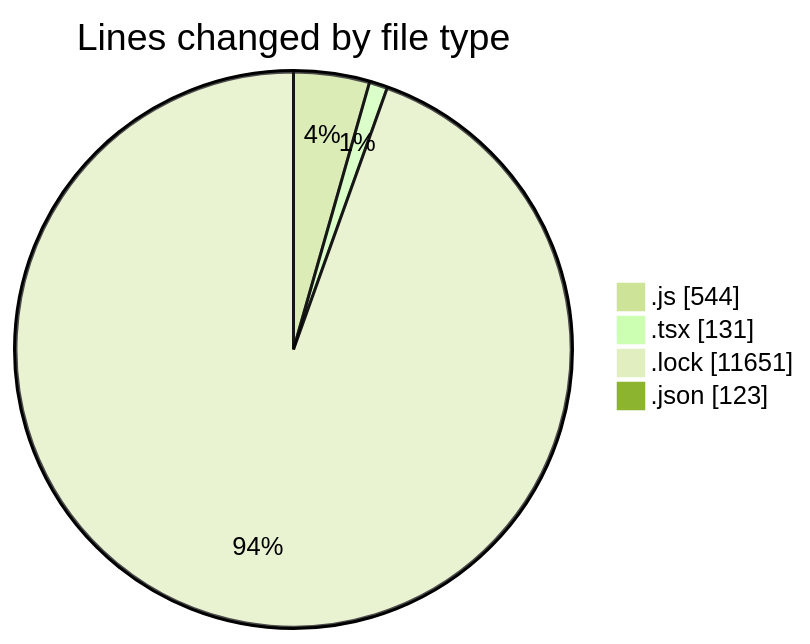
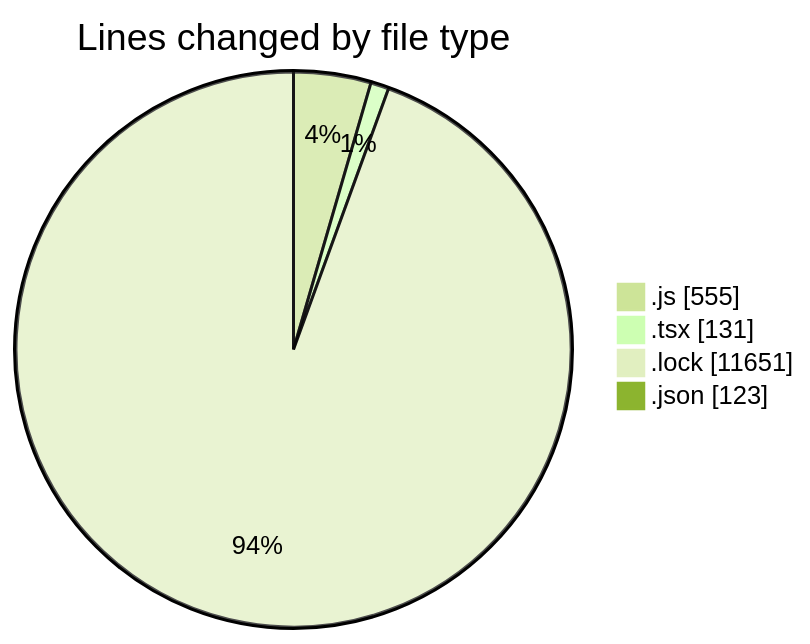
One commit to momahboobian/code-tracking changed the first of 2 diagrams in 2026-01-13/cda/README.md. Above: the diagram before and after it, drawn with Mermaid (forest theme). The commit also changed other lines of this file and 1 other file, not shown here.

````diff
--- a/2026-01-13/cda/README.md
+++ b/2026-01-13/cda/README.md
@@ -25,8 +26,8 @@
 ```mermaid
 pie showData
 title Lines changed by file type
-".js" : 544
+".js" : 555
 ".tsx" : 131
 ".lock" : 11651
 ".json" : 123
 ```
````
